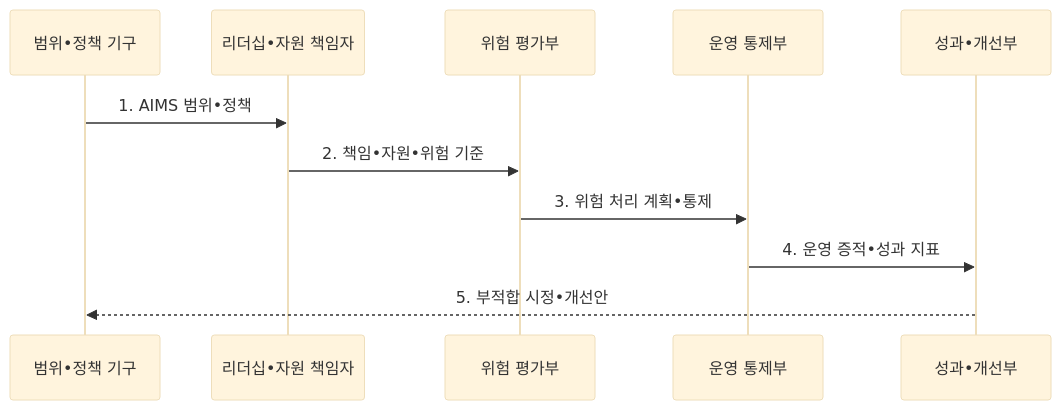
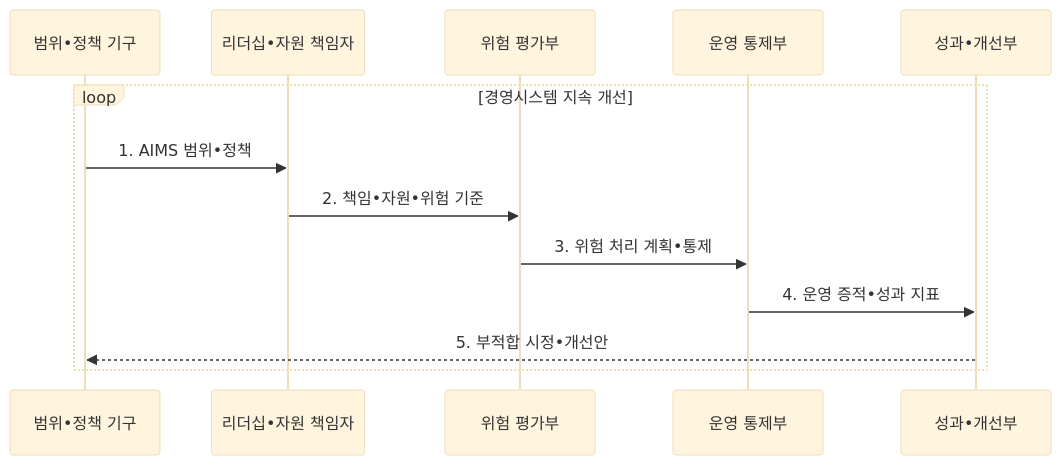
Before and after one commit to agnusdei1207/knowledge-base: the second of 2 diagrams in src/content/docs/notes/08-latest-tech/100_ai_management_system.md, drawn with Mermaid (base theme). The commit also changed other lines of this file and 13 other files, not shown here.

````diff
--- a/src/content/docs/notes/08-latest-tech/100_ai_management_system.md
+++ b/src/content/docs/notes/08-latest-tech/100_ai_management_system.md
@@ -108,13 +108,15 @@
 ```mermaid
 sequenceDiagram
   participant P as 범위•정책 기구
   participant L as 리더십•자원 책임자
   participant R as 위험 평가부
   participant O as 운영 통제부
   participant A as 성과•개선부
-  P->>L: 1. AIMS 범위•정책
-  L->>R: 2. 책임•자원•위험 기준
-  R->>O: 3. 위험 처리 계획•통제
-  O->>A: 4. 운영 증적•성과 지표
-  A-->>P: 5. 부적합 시정•개선안
+  loop 경영시스템 지속 개선
+    P->>L: 1. AIMS 범위•정책
+    L->>R: 2. 책임•자원•위험 기준
+    R->>O: 3. 위험 처리 계획•통제
+    O->>A: 4. 운영 증적•성과 지표
+    A-->>P: 5. 부적합 시정•개선안
+  end
 ```
````
